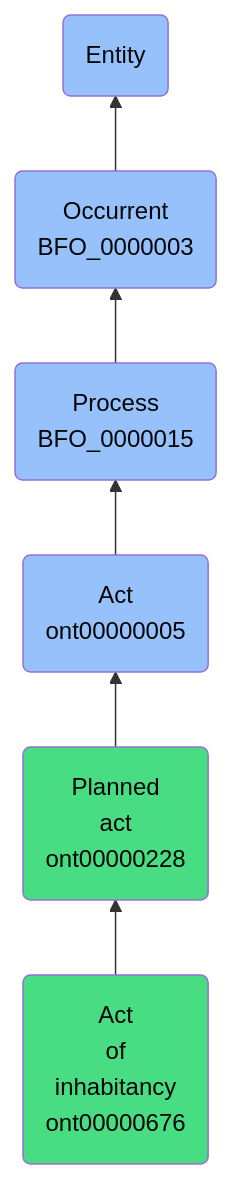
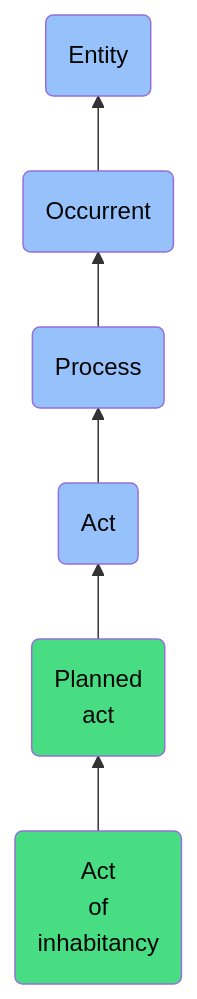
Before and after one commit to jupyter-naas/abi: the diagram in docs/ontology/reference/model/Entity/Occurrent/Process/Act/Planned act/Act of inhabitancy/Act of inhabitancy.md, drawn with Mermaid. The commit also changed other lines of this file and 1430 other files, not shown here.

````diff
--- a/docs/ontology/reference/model/Entity/Occurrent/Process/Act/Planned act/Act of inhabitancy/Act of inhabitancy.md
+++ b/docs/ontology/reference/model/Entity/Occurrent/Process/Act/Planned act/Act of inhabitancy/Act of inhabitancy.md
@@ -24,13 +24,13 @@
 ```mermaid
 graph BT
-    ont00000676(Act<br>of<br>inhabitancy<br>ont00000676):::ABI-->ont00000228
-    ont00000228(Planned<br>act<br>ont00000228):::ABI-->ont00000005
-    ont00000005(Act<br>ont00000005):::BFO-->BFO_0000015
-    BFO_0000015(Process<br>BFO_0000015):::BFO-->BFO_0000003
-    BFO_0000003(Occurrent<br>BFO_0000003):::BFO-->BFO_0000001
+    ont00000676(Act<br>of<br>inhabitancy):::ABI-->ont00000228
+    ont00000228(Planned<br>act):::ABI-->ont00000005
+    ont00000005(Act):::BFO-->BFO_0000015
+    BFO_0000015(Process):::BFO-->BFO_0000003
+    BFO_0000003(Occurrent):::BFO-->BFO_0000001
     BFO_0000001(Entity):::BFO
     
     classDef BFO fill:#97c1fb,color:#060606
     classDef CCO fill:#e4c51e,color:#060606
     classDef ABI fill:#48DD82,color:#060606
 ```
````
